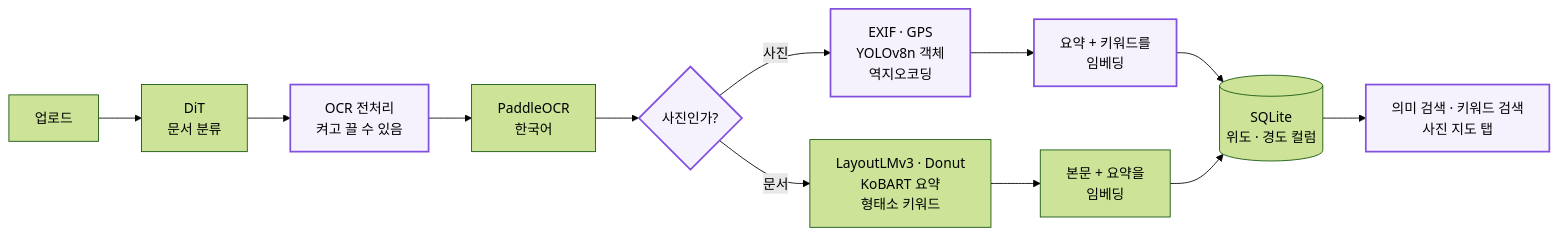
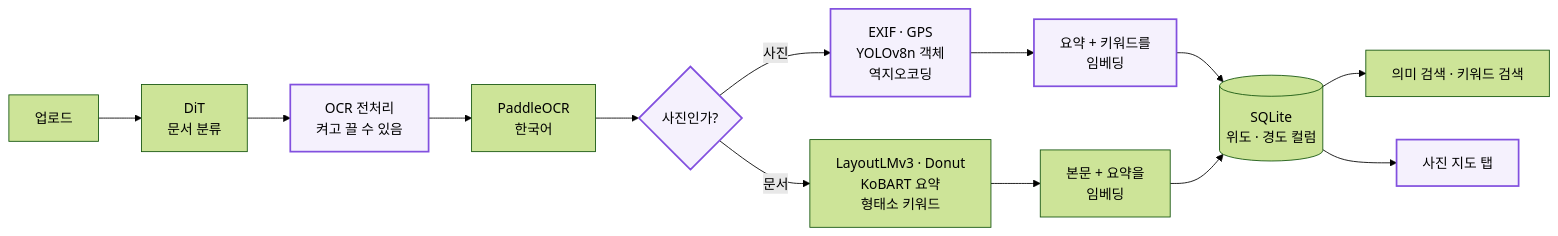
Before and after one commit to handongin1500/handongin1500: the first of 2 diagrams in AI_PORTFOLIO.md, drawn with Mermaid (forest theme). The commit also changed other lines of this file and 3 other files, not shown here.

````diff
--- a/AI_PORTFOLIO.md
+++ b/AI_PORTFOLIO.md
@@ -62,16 +63,17 @@
 ```mermaid
 flowchart LR
   UP["업로드"] --> DIT["DiT<br/>문서 분류"]
   DIT --> PRE["OCR 전처리<br/>켜고 끌 수 있음"]
   PRE --> OCR["PaddleOCR<br/>한국어"]
   OCR --> Q{"사진인가?"}
   Q -->|"사진"| PH["EXIF · GPS<br/>YOLOv8n 객체<br/>역지오코딩"]
   PH --> PE["요약 + 키워드를<br/>임베딩"]
   Q -->|"문서"| DOC["LayoutLMv3 · Donut<br/>KoBART 요약<br/>형태소 키워드"]
   DOC --> DE["본문 + 요약을<br/>임베딩"]
   PE --> DB[("SQLite<br/>위도 · 경도 컬럼")]
   DE --> DB
-  DB --> S["의미 검색 · 키워드 검색<br/>사진 지도 탭"]
+  DB --> S["의미 검색 · 키워드 검색"]
+  DB --> MAP["사진 지도 탭"]
   classDef mine fill:#8250DF14,stroke:#8250DF,stroke-width:2px
-  class PRE,Q,PH,PE,S mine
+  class PRE,Q,PH,PE,MAP mine
 ```
````
